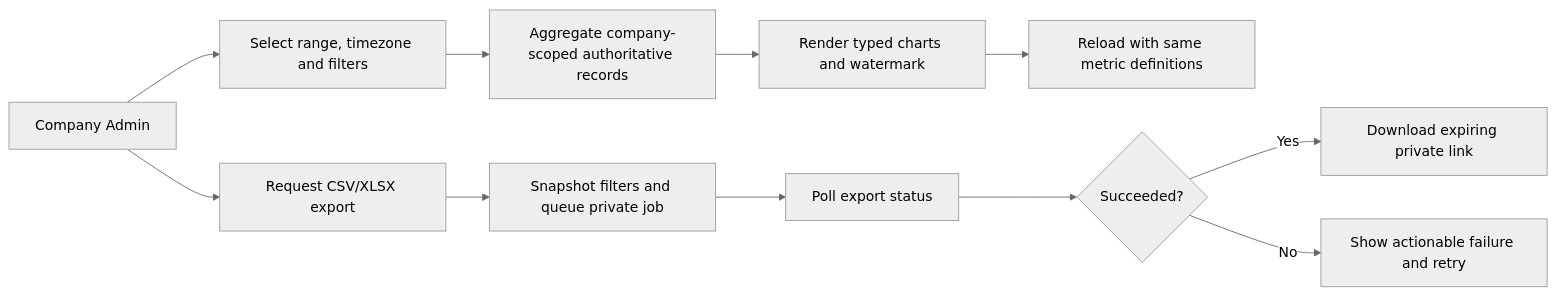
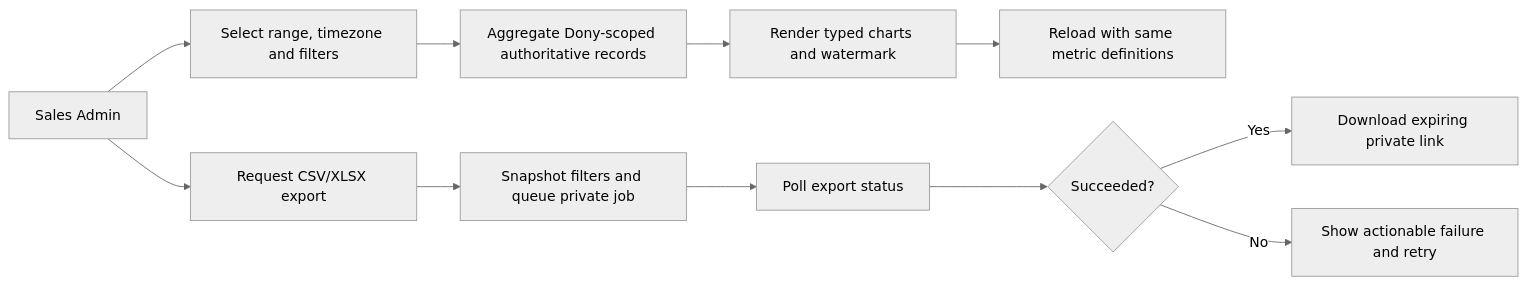
The first of 2 diagrams in specs/spec-MFG-11.md (ankhanhwork/weavelink-project), drawn with Mermaid (neutral theme) before and after one commit. The commit also changed other lines of this file and 101 other files, not shown here.

````diff
--- a/specs/spec-MFG-11.md
+++ b/specs/spec-MFG-11.md
@@ -63,13 +66,13 @@
 ```mermaid
 flowchart LR
-  Admin[Company Admin] --> Filters[Select range, timezone and filters]
-  Filters --> Aggregate[Aggregate company-scoped authoritative records]
+  Admin[Sales Admin] --> Filters[Select range, timezone and filters]
+  Filters --> Aggregate[Aggregate Dony-scoped authoritative records]
   Aggregate --> Charts[Render typed charts and watermark]
   Charts --> Refresh[Reload with same metric definitions]
   Admin --> Export[Request CSV/XLSX export]
   Export --> Queue[Snapshot filters and queue private job]
   Queue --> Poll[Poll export status]
   Poll --> Result{Succeeded?}
   Result -->|Yes| Download[Download expiring private link]
   Result -->|No| Retry[Show actionable failure and retry]
 ```
````
